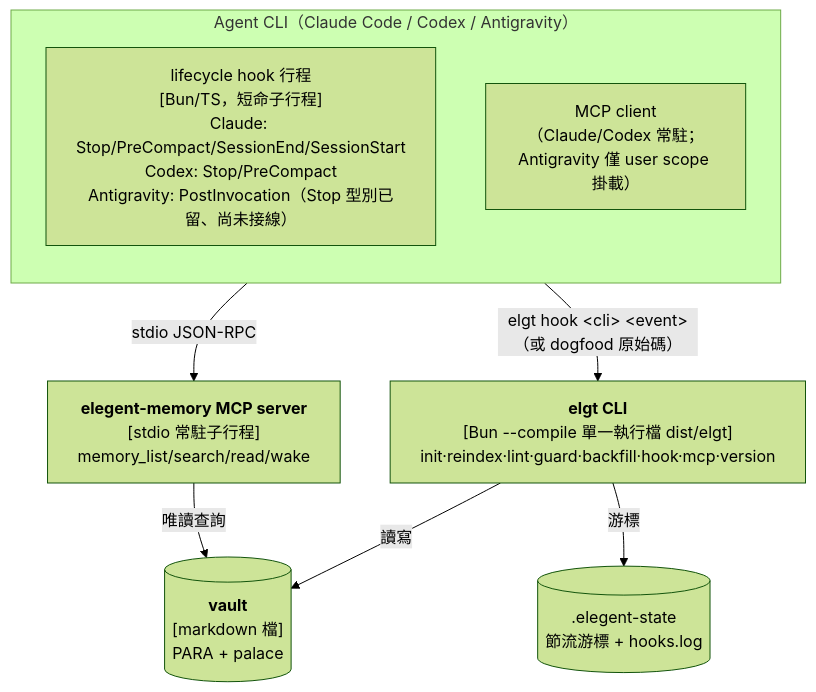
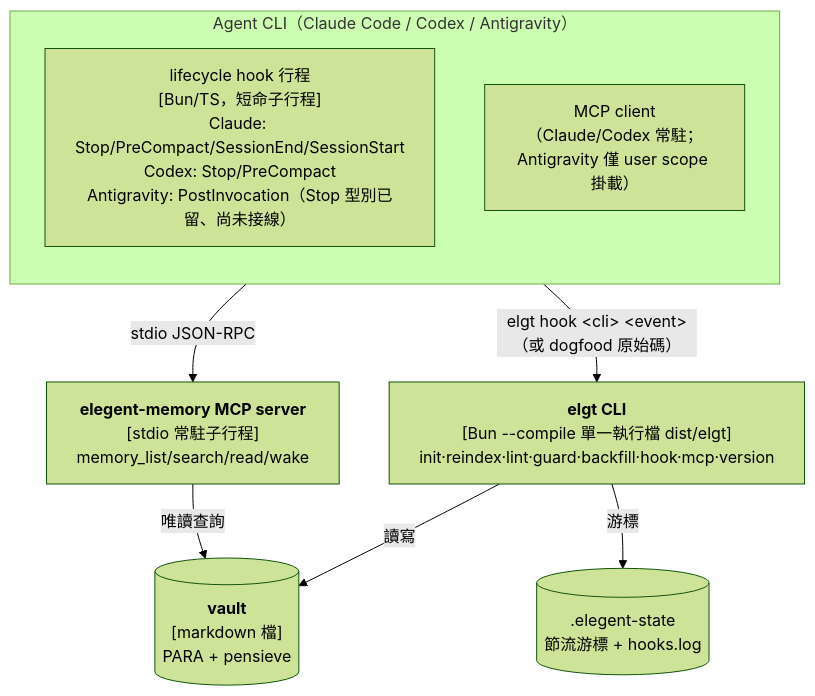
Before and after one commit to neokn/elegent: the second of 4 diagrams in docs/architecture/c4.md, drawn with Mermaid (forest theme). The commit also changed other lines of this file and 55 other files, not shown here.

First line of the commit message:
refactor(rename)!: digest→distil、palace→pensieve、raw→ankipan 全域改名

````diff
--- a/docs/architecture/c4.md
+++ b/docs/architecture/c4.md
@@ -47,19 +47,19 @@
 ```mermaid
 flowchart TB
     subgraph agent["Agent CLI（Claude Code / Codex / Antigravity）"]
         direction TB
         hookproc["lifecycle hook 行程<br/>[Bun/TS，短命子行程]<br/>Claude: Stop/PreCompact/SessionEnd/SessionStart<br/>Codex: Stop/PreCompact<br/>Antigravity: PostInvocation（Stop 型別已留、尚未接線）"]
         mcpclient["MCP client<br/>（Claude/Codex 常駐；Antigravity 僅 user scope 掛載）"]
     end
 
     cli["<b>elgt CLI</b><br/>[Bun --compile 單一執行檔 dist/elgt]<br/>init·reindex·lint·guard·backfill·hook·mcp·version"]
     mcp["<b>elegent-memory MCP server</b><br/>[stdio 常駐子行程]<br/>memory_list/search/read/wake"]
-    vault[("<b>vault</b><br/>[markdown 檔]<br/>PARA + palace")]
+    vault[("<b>vault</b><br/>[markdown 檔]<br/>PARA + pensieve")]
     state[(".elegent-state<br/>節流游標 + hooks.log")]
 
     hookproc -->|elgt hook &lt;cli&gt; &lt;event&gt;（或 dogfood 原始碼）| cli
     mcpclient -->|stdio JSON-RPC| mcp
     cli -->|讀寫| vault
     cli -->|游標| state
     mcp -->|唯讀查詢| vault
 ```
````
